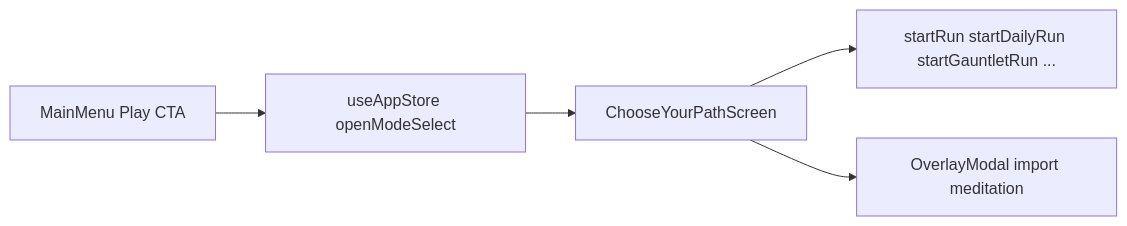
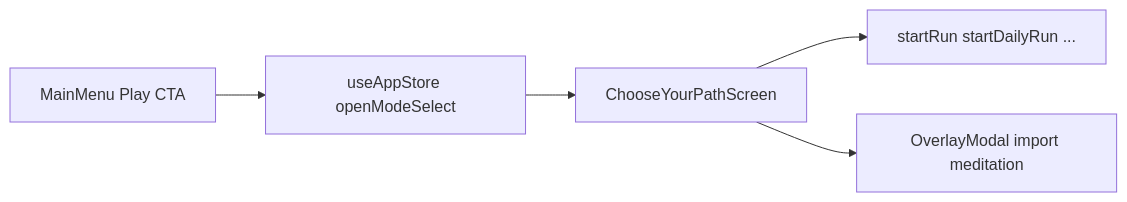
Before and after one commit to BorisThoris/memory-dungeon: the first of 2 diagrams in docs/gameplay/epic-choose-your-path.md, drawn with Mermaid. The commit also changed other lines of this file and 100 other files, not shown here.

````diff
--- a/docs/gameplay/epic-choose-your-path.md
+++ b/docs/gameplay/epic-choose-your-path.md
@@ -24,11 +24,11 @@
 ```mermaid
 flowchart LR
   mm[MainMenu Play CTA]
   store[useAppStore openModeSelect]
   cyp[ChooseYourPathScreen]
-  actions[startRun startDailyRun startGauntletRun ...]
+  actions[startRun startDailyRun ...]
   modals[OverlayModal import meditation]
   mm --> store --> cyp
   cyp --> actions
   cyp --> modals
 ```
````
